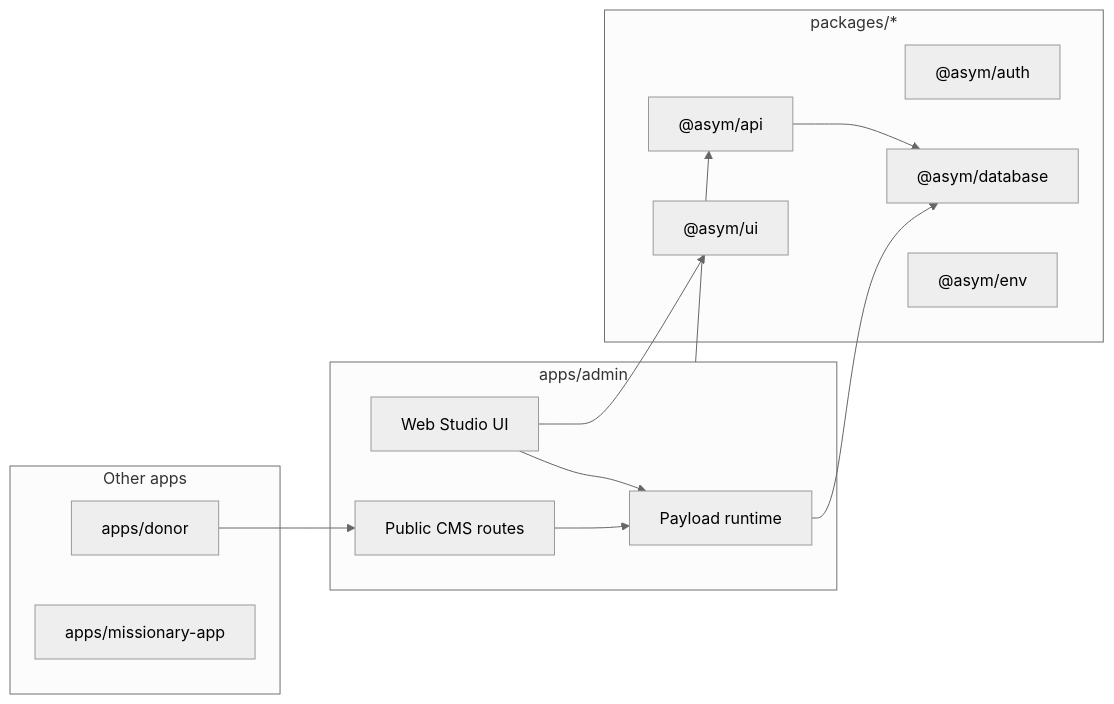
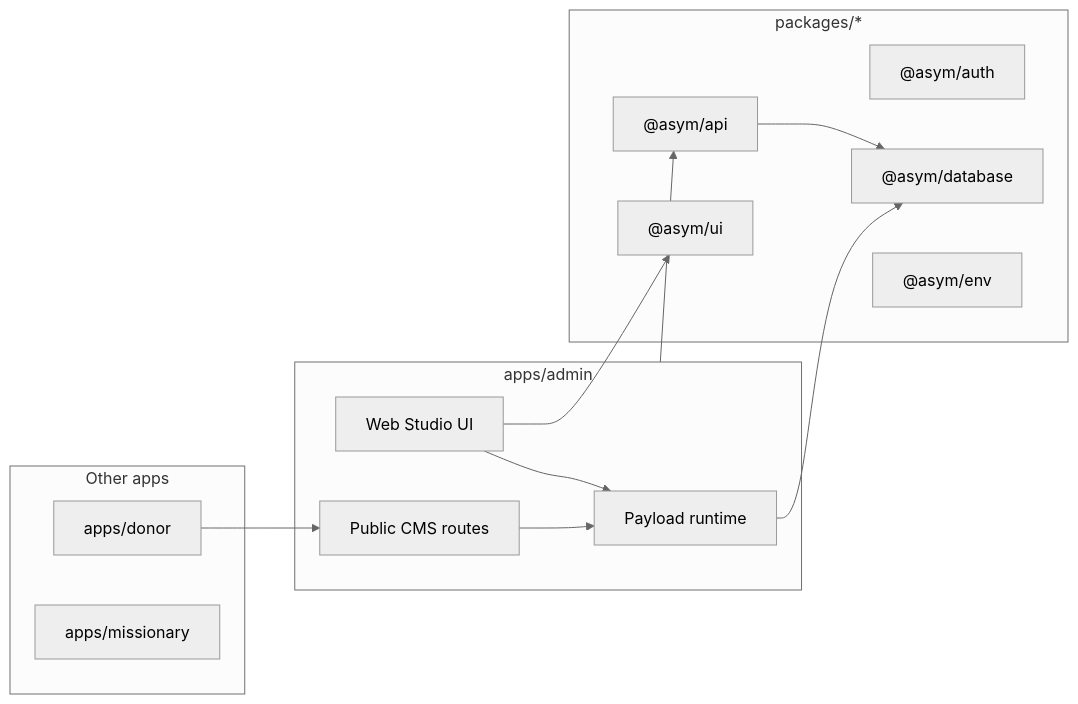
One commit to Asymmetric-al/core changed the first of 5 diagrams in docs/guides/architecture/web-studio-living-spec.md. Above: the diagram before and after it, drawn with Mermaid (neutral theme). The commit also changed other lines of this file and 1382 other files, not shown here.

````diff
--- a/docs/guides/architecture/web-studio-living-spec.md
+++ b/docs/guides/architecture/web-studio-living-spec.md
@@ -83,26 +88,26 @@
 ```mermaid
 flowchart LR
   subgraph admin["apps/admin"]
     WS[Web Studio UI]
     PL[Payload runtime]
     Pub[Public CMS routes]
   end
   subgraph packages["packages/*"]
     UI["@asym/ui"]
     API["@asym/api"]
     AUTH["@asym/auth"]
     DB["@asym/database"]
     ENV["@asym/env"]
   end
   subgraph apps["Other apps"]
     DONOR["apps/donor"]
-    MISS["apps/missionary-app"]
+    MISS["apps/missionary"]
   end
   WS --> PL
   WS --> UI
   PL --> DB
   Pub --> PL
   DONOR --> Pub
   API --> DB
   admin --> API
 ```
````
